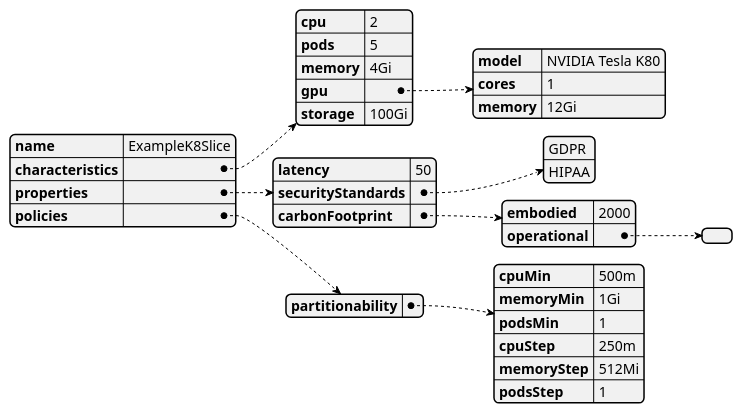
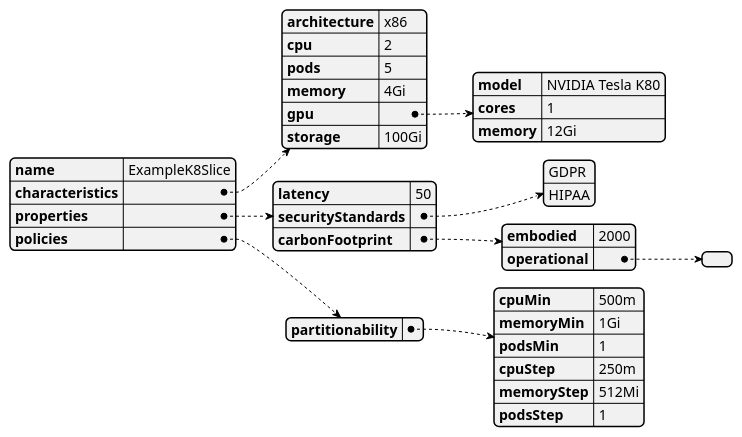
Before and after one commit to fluidos-project/REAR-data-models: the diagram in puml/models/examples/flavor-types/k8slice.puml, drawn with PlantUML. The commit also changed 9 other files, not shown here.

```diff
--- a/puml/models/examples/flavor-types/k8slice.puml
+++ b/puml/models/examples/flavor-types/k8slice.puml
@@ -1,38 +1,39 @@
 @startjson
 {
     "name": "ExampleK8Slice",
     "characteristics": {
+        "architecture": "x86",
         "cpu": "2",
         "pods": "5",
         "memory": "4Gi",
         "gpu": {
             "model": "NVIDIA Tesla K80",
             "cores": "1",
             "memory": "12Gi"
         },
         "storage": "100Gi"
     },
     "properties": {
         "latency": 50,
         "securityStandards": [
             "GDPR",
             "HIPAA"
         ],
         "carbonFootprint": {
             "embodied": 2000,
             "operational": []
         }
     },
     "policies": {
         "partitionability": {
             "cpuMin": "500m",
             "memoryMin": "1Gi",
             "podsMin": "1",
             "cpuStep": "250m",
             "memoryStep": "512Mi",
             "podsStep": "1"
         }
     }
 }
 
 @endjson
```
